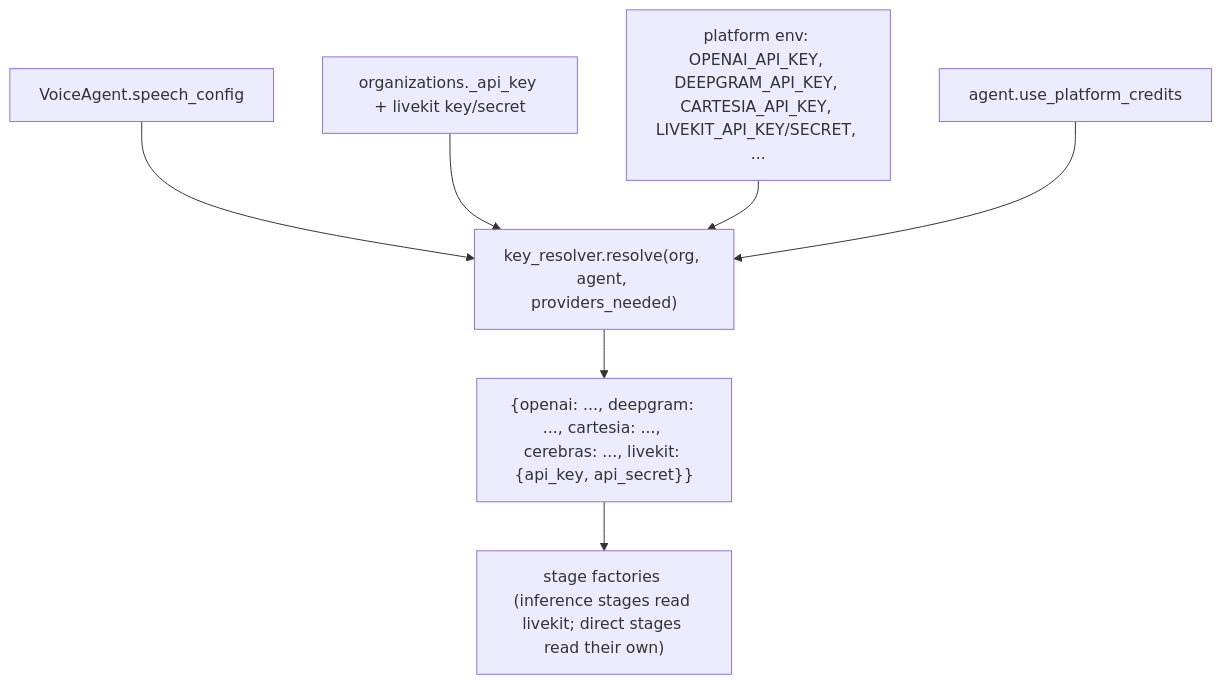
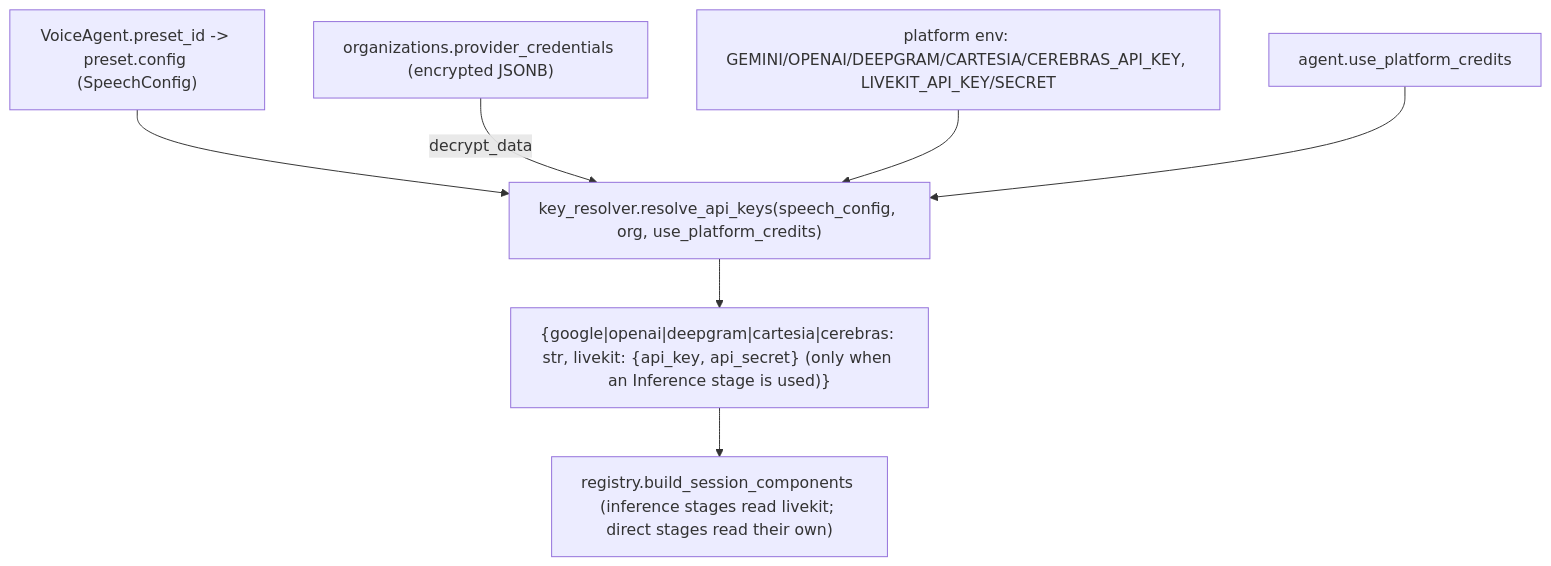
Before and after one commit to gauravdhiman/a1-voice-agent-platform: the sixth of 9 diagrams in docs/01_architecture/voice_engine_pipeline_design.md, drawn with Mermaid. The commit also changed other lines of this file and 26 other files, not shown here.

````diff
--- a/docs/01_architecture/voice_engine_pipeline_design.md
+++ b/docs/01_architecture/voice_engine_pipeline_design.md
@@ -235,9 +259,9 @@
 ```mermaid
 flowchart TD
-    Agent["VoiceAgent.speech_config"] --> Resolver["key_resolver.resolve(org, agent, providers_needed)"]
-    Org["organizations.<provider>_api_key + livekit key/secret"] --> Resolver
-    Plat["platform env: OPENAI_API_KEY, DEEPGRAM_API_KEY, CARTESIA_API_KEY, LIVEKIT_API_KEY/SECRET, ..."] --> Resolver
+    Agent["VoiceAgent.preset_id -> preset.config (SpeechConfig)"] --> Resolver["key_resolver.resolve_api_keys(speech_config, org, use_platform_credits)"]
+    Blob["organizations.provider_credentials (encrypted JSONB)"] -->|decrypt_data| Resolver
+    Plat["platform env: GEMINI/OPENAI/DEEPGRAM/CARTESIA/CEREBRAS_API_KEY, LIVEKIT_API_KEY/SECRET"] --> Resolver
     Credits["agent.use_platform_credits"] --> Resolver
-    Resolver --> Map["{openai: ..., deepgram: ..., cartesia: ..., cerebras: ..., livekit: {api_key, api_secret}}"]
-    Map --> Factories["stage factories (inference stages read livekit; direct stages read their own)"]
+    Resolver --> Map["{google|openai|deepgram|cartesia|cerebras: str, livekit: {api_key, api_secret} (only when an Inference stage is used)}"]
+    Map --> Factories["registry.build_session_components (inference stages read livekit; direct stages read their own)"]
 ```
````
